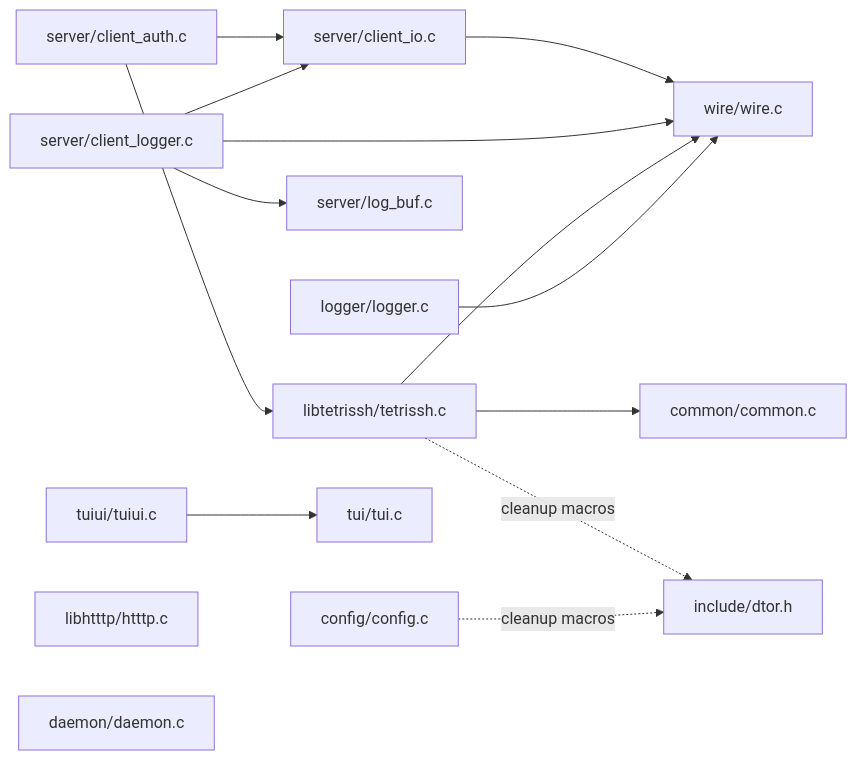
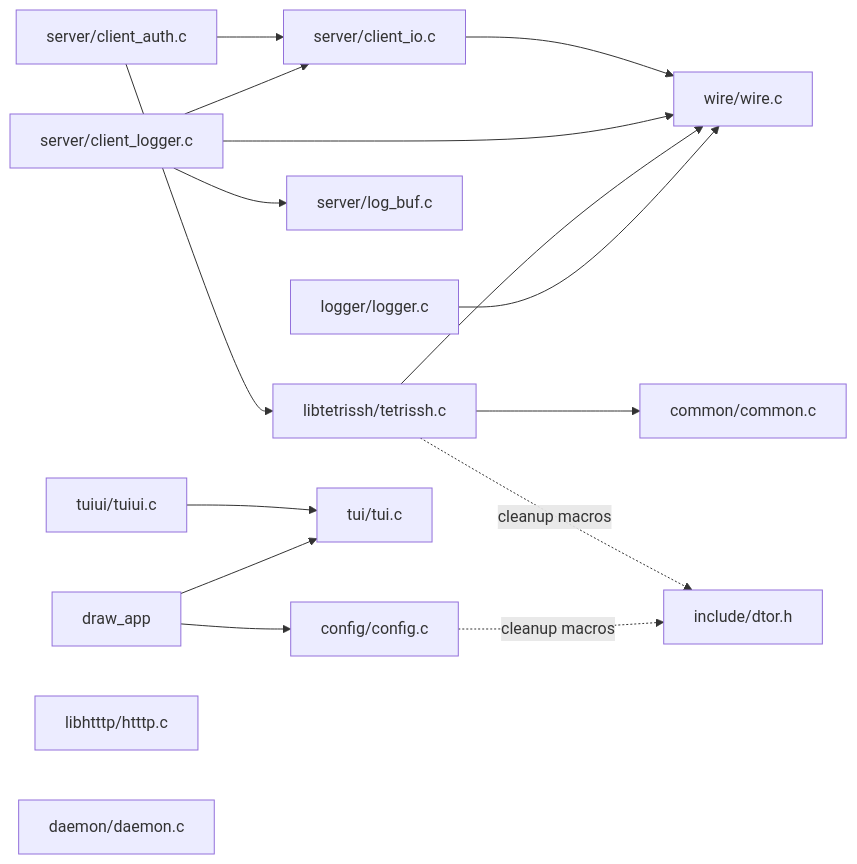
One commit to minh-cv/corestack changed the first of 5 diagrams in src/README.md. Above: the diagram before and after it, drawn with Mermaid. The commit also changed other lines of this file and 11 other files, not shown here.

Commit message:
tui lib add more keycode support and raw stdio output, and basic framework for draw

````diff
--- a/src/README.md
+++ b/src/README.md
@@ -15,20 +15,22 @@
 ```mermaid
 flowchart LR
   Auth["server/client_auth.c"] --> ClientIo["server/client_io.c"]
   Auth --> Tetrissh["libtetrissh/tetrissh.c"]
   ClientLogger["server/client_logger.c"] --> ClientIo
   ClientLogger --> LogBuf["server/log_buf.c"]
   ClientIo --> Wire["wire/wire.c"]
   ClientLogger --> Wire
 
   Tetrissh --> Common["common/common.c"]
   Tetrissh --> Wire
   Tetrissh -. "cleanup macros" .-> Dtor["include/dtor.h"]
   Config["config/config.c"] -. "cleanup macros" .-> Dtor
 
   Logger["logger/logger.c"] --> Wire
   TuiUi["tuiui/tuiui.c"] --> Tui["tui/tui.c"]
+  DrawApp["draw_app"] --> Tui
+  DrawApp --> Config
 
   Htttp["libhtttp/htttp.c"]
   Daemon["daemon/daemon.c"]
 ```
````
